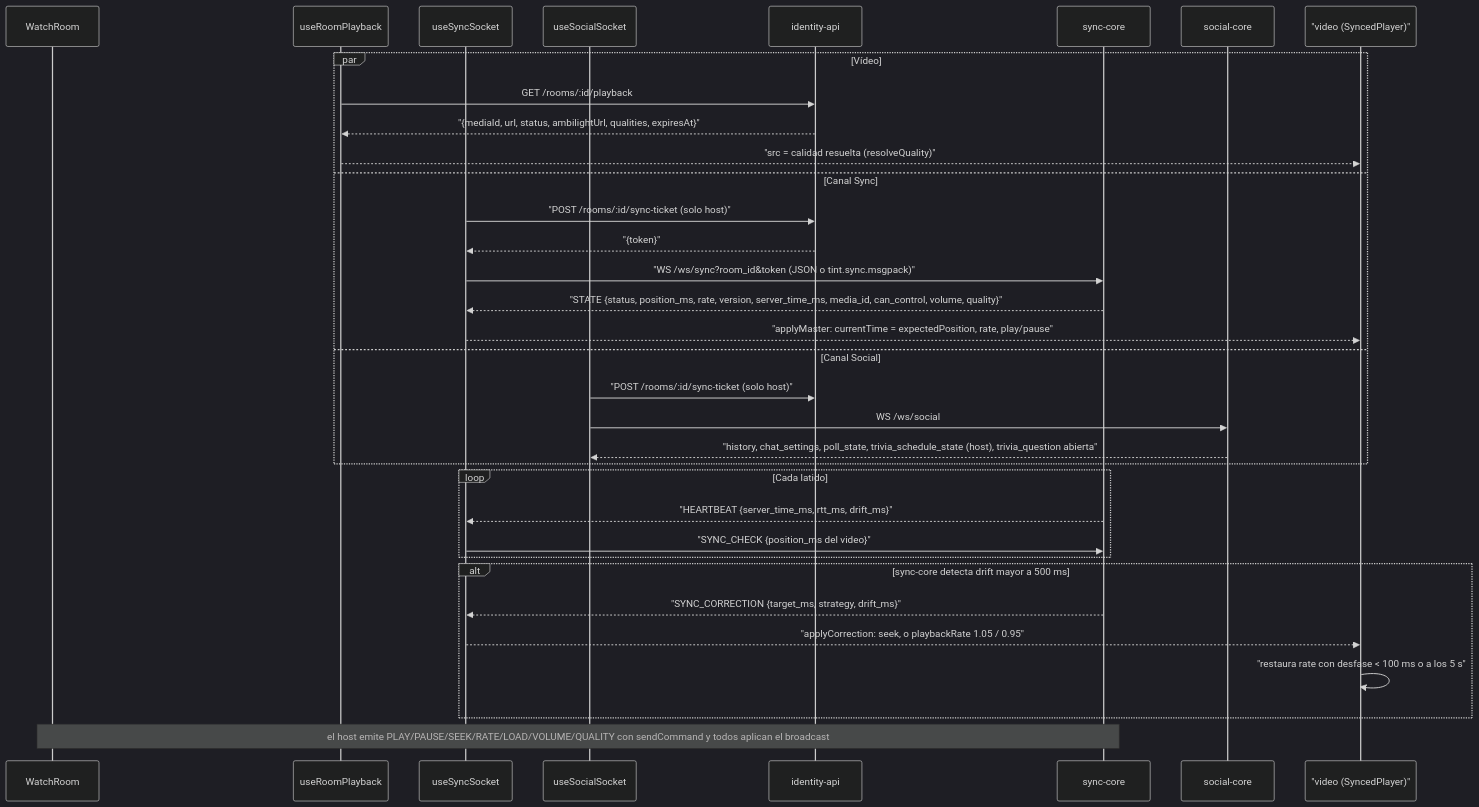
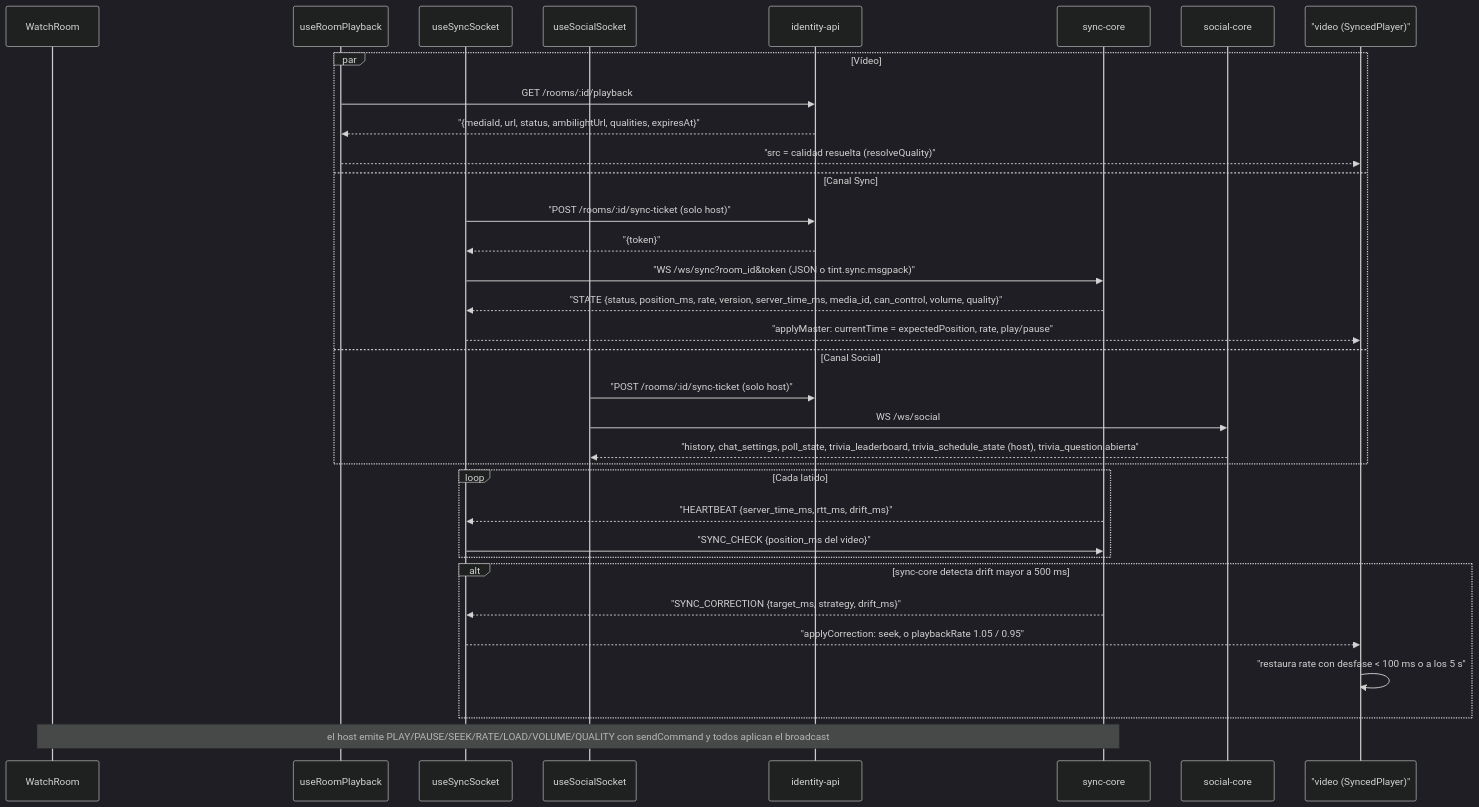
The fourth of 11 diagrams in apps/web/README.md (TINTOrganization/TINT), drawn with Mermaid (dark theme) before and after one commit. The commit also changed other lines of this file and 15 other files, not shown here.

First line of the commit message:
feat(web): always-visible live trivia leaderboard for everyone

````diff
--- a/apps/web/README.md
+++ b/apps/web/README.md
@@ -213,38 +213,38 @@
 ```mermaid
 sequenceDiagram
     participant WR as WatchRoom
     participant PB as useRoomPlayback
     participant SS as useSyncSocket
     participant SO as useSocialSocket
     participant ID as identity-api
     participant SC as sync-core
     participant SOC as social-core
     participant V as "video (SyncedPlayer)"
 
     par Vídeo
         PB->>ID: GET /rooms/:id/playback
         ID-->>PB: "{mediaId, url, status, ambilightUrl, qualities, expiresAt}"
         PB-->>V: "src = calidad resuelta (resolveQuality)"
     and Canal Sync
         SS->>ID: "POST /rooms/:id/sync-ticket (solo host)"
         ID-->>SS: "{token}"
         SS->>SC: "WS /ws/sync?room_id&token (JSON o tint.sync.msgpack)"
         SC-->>SS: "STATE {status, position_ms, rate, version, server_time_ms, media_id, can_control, volume, quality}"
         SS-->>V: "applyMaster: currentTime = expectedPosition, rate, play/pause"
     and Canal Social
         SO->>ID: "POST /rooms/:id/sync-ticket (solo host)"
         SO->>SOC: WS /ws/social
-        SOC-->>SO: "history, chat_settings, poll_state, trivia_schedule_state (host), trivia_question abierta"
+        SOC-->>SO: "history, chat_settings, poll_state, trivia_leaderboard, trivia_schedule_state (host), trivia_question abierta"
     end
 
     loop Cada latido
         SC-->>SS: "HEARTBEAT {server_time_ms, rtt_ms, drift_ms}"
         SS->>SC: "SYNC_CHECK {position_ms del video}"
     end
     alt sync-core detecta drift mayor a 500 ms
         SC-->>SS: "SYNC_CORRECTION {target_ms, strategy, drift_ms}"
         SS-->>V: "applyCorrection: seek, o playbackRate 1.05 / 0.95"
         V->>V: "restaura rate con desfase < 100 ms o a los 5 s"
     end
     Note over WR,SC: el host emite PLAY/PAUSE/SEEK/RATE/LOAD/VOLUME/QUALITY con sendCommand y todos aplican el broadcast
 ```
````
